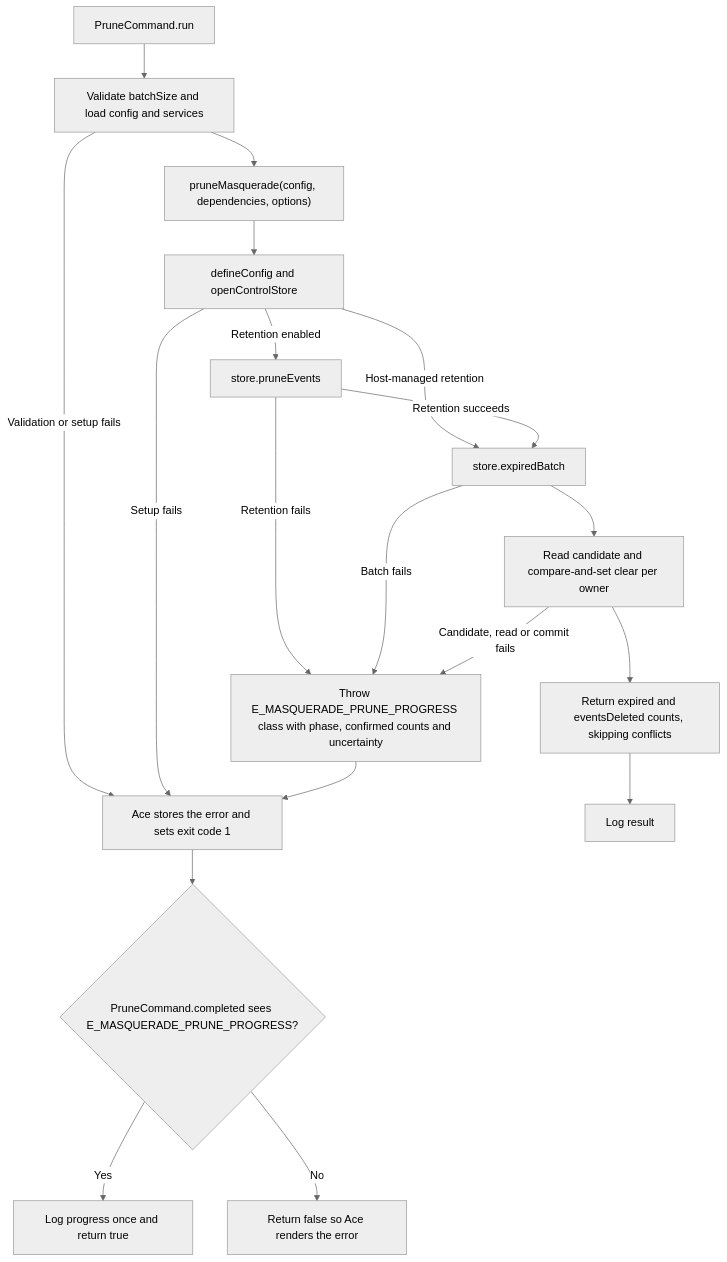
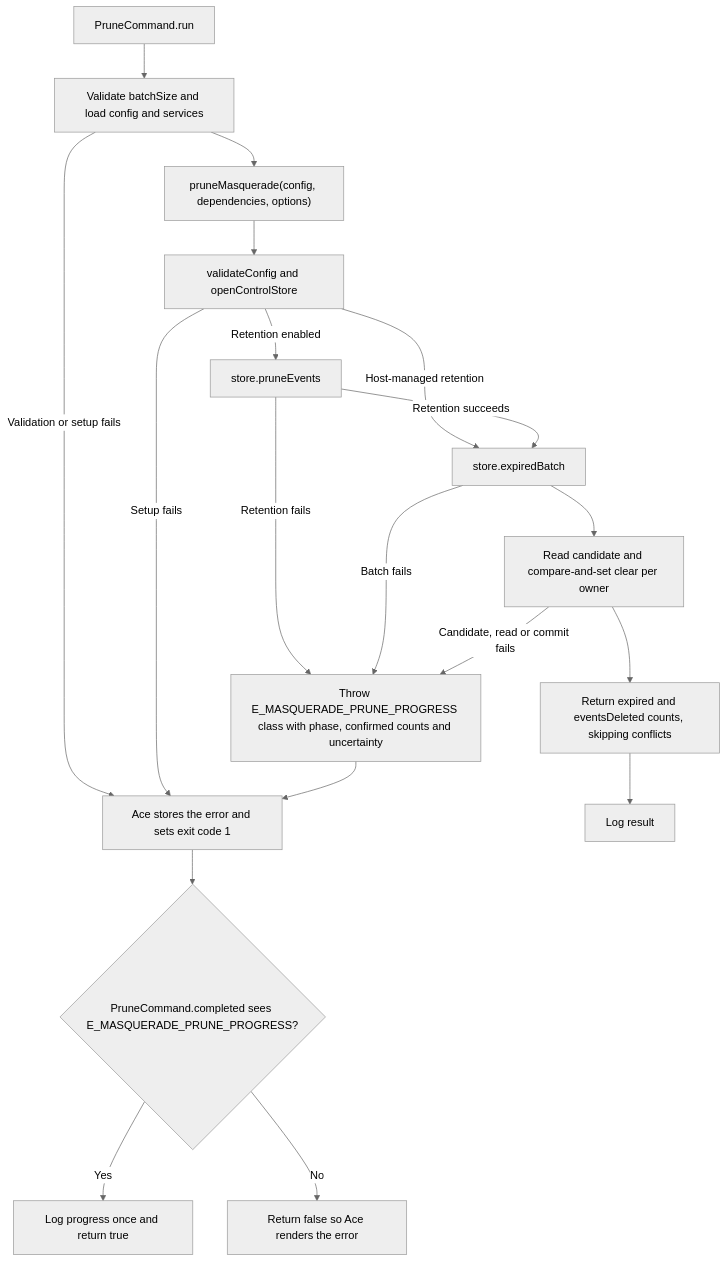
One commit to Kevinjohn/oss-adonisjs-masquerade changed the second of 2 diagrams in user-stories/expire-retain-modes/us-ops-03-expire-retain-modes.md. Above: the diagram before and after it, drawn with Mermaid (neutral theme). The commit also changed 15 other files, not shown here.

````diff
--- a/user-stories/expire-retain-modes/us-ops-03-expire-retain-modes.md
+++ b/user-stories/expire-retain-modes/us-ops-03-expire-retain-modes.md
@@ -40,21 +40,21 @@
 ```mermaid
 flowchart TD
     A["PruneCommand.run"] --> B["Validate batchSize and load config and services"]
     B --> C["pruneMasquerade(config, dependencies, options)"]
-    C --> D["defineConfig and openControlStore"]
+    C --> D["validateConfig and openControlStore"]
     B -->|Validation or setup fails| Y["Ace stores the error and sets exit code 1"]
     D -->|Setup fails| Y
     D -->|Retention enabled| E["store.pruneEvents"]
     D -->|Host-managed retention| F["store.expiredBatch"]
     E -->|Retention succeeds| F
     E -->|Retention fails| X["Throw E_MASQUERADE_PRUNE_PROGRESS class with phase, confirmed counts and uncertainty"]
     F -->|Batch fails| X
     F --> G["Read candidate and compare-and-set clear per owner"]
     G --> H["Return expired and eventsDeleted counts, skipping conflicts"]
     G -->|Candidate, read or commit fails| X
     H --> I["Log result"]
     X --> Y
     Y --> Z{"PruneCommand.completed sees E_MASQUERADE_PRUNE_PROGRESS?"}
     Z -->|Yes| P["Log progress once and return true"]
     Z -->|No| Q["Return false so Ace renders the error"]
 ```
````
